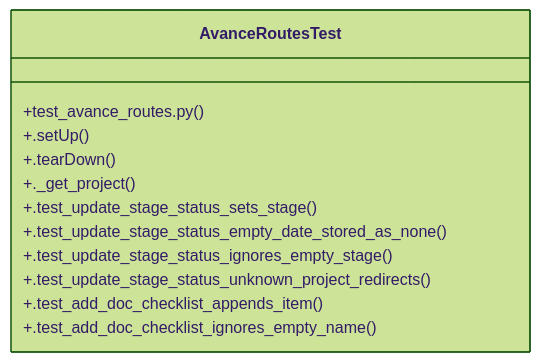
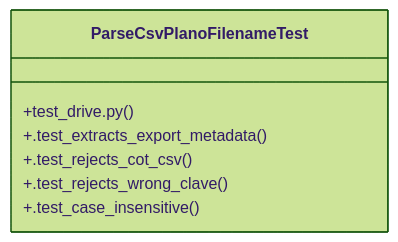
Before and after one commit to Daftrick/ProjectTracker: the diagram in graphify-out/wiki/Community_23.md, drawn with Mermaid (forest theme). The commit also changed other lines of this file and 471 other files, not shown here.

````diff
--- a/graphify-out/wiki/Community_23.md
+++ b/graphify-out/wiki/Community_23.md
@@ -29,15 +26,10 @@
 ```mermaid
 classDiagram
-    class AvanceRoutesTest {
-        +test_avance_routes.py()
-        +.setUp()
-        +.tearDown()
-        +._get_project()
-        +.test_update_stage_status_sets_stage()
-        +.test_update_stage_status_empty_date_stored_as_none()
-        +.test_update_stage_status_ignores_empty_stage()
-        +.test_update_stage_status_unknown_project_redirects()
-        +.test_add_doc_checklist_appends_item()
-        +.test_add_doc_checklist_ignores_empty_name()
+    class ParseCsvPlanoFilenameTest {
+        +test_drive.py()
+        +.test_extracts_export_metadata()
+        +.test_rejects_cot_csv()
+        +.test_rejects_wrong_clave()
+        +.test_case_insensitive()
     }
 ```
````
